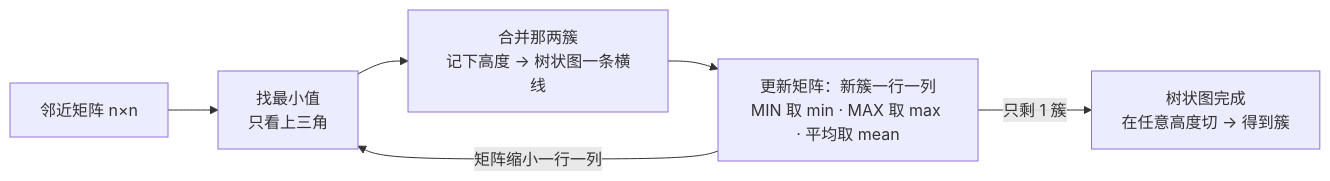
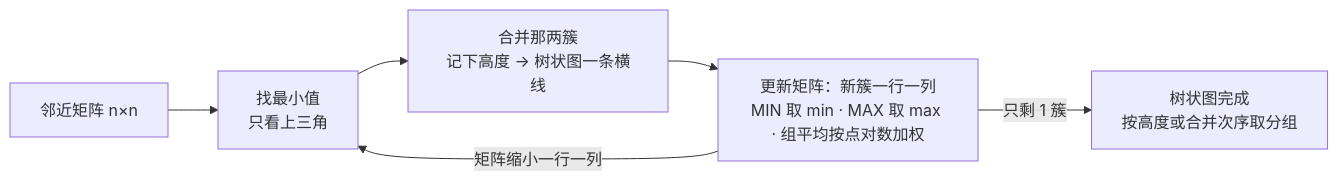
One commit to CercaTrovato/cityu-ai-course-notes changed the tenth of 11 diagrams in IS6400_Business_Data_Analytics/notes/M05-聚类-Kmeans层次与DBSCAN.md. Above: the diagram before and after it, drawn with Mermaid. The commit also changed other lines of this file and 116 other files, not shown here.

````diff
--- a/IS6400_Business_Data_Analytics/notes/M05-聚类-Kmeans层次与DBSCAN.md
+++ b/IS6400_Business_Data_Analytics/notes/M05-聚类-Kmeans层次与DBSCAN.md
@@ -1686,8 +2119,8 @@
 ```mermaid
 flowchart LR
     M[邻近矩阵 n×n] --> F[找最小值<br/>只看上三角]
     F --> G[合并那两簇<br/>记下高度 → 树状图一条横线]
-    G --> U[更新矩阵：新簇一行一列<br/>MIN 取 min · MAX 取 max · 平均取 mean]
+    G --> U[更新矩阵：新簇一行一列<br/>MIN 取 min · MAX 取 max · 组平均按点对数加权]
     U -->|矩阵缩小一行一列| F
-    U -->|只剩 1 簇| T[树状图完成<br/>在任意高度切 → 得到簇]
+    U -->|只剩 1 簇| T[树状图完成<br/>按高度或合并次序取分组]
 ```
````
